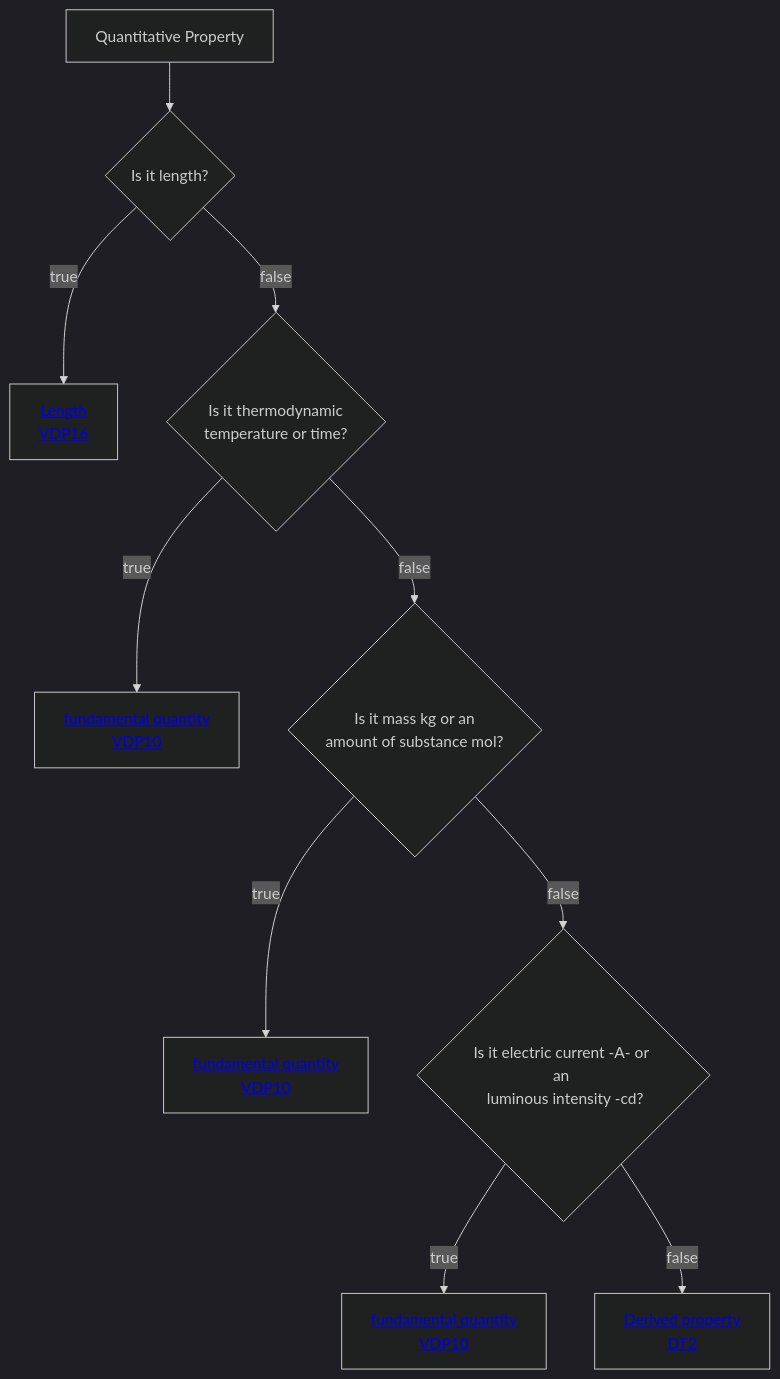
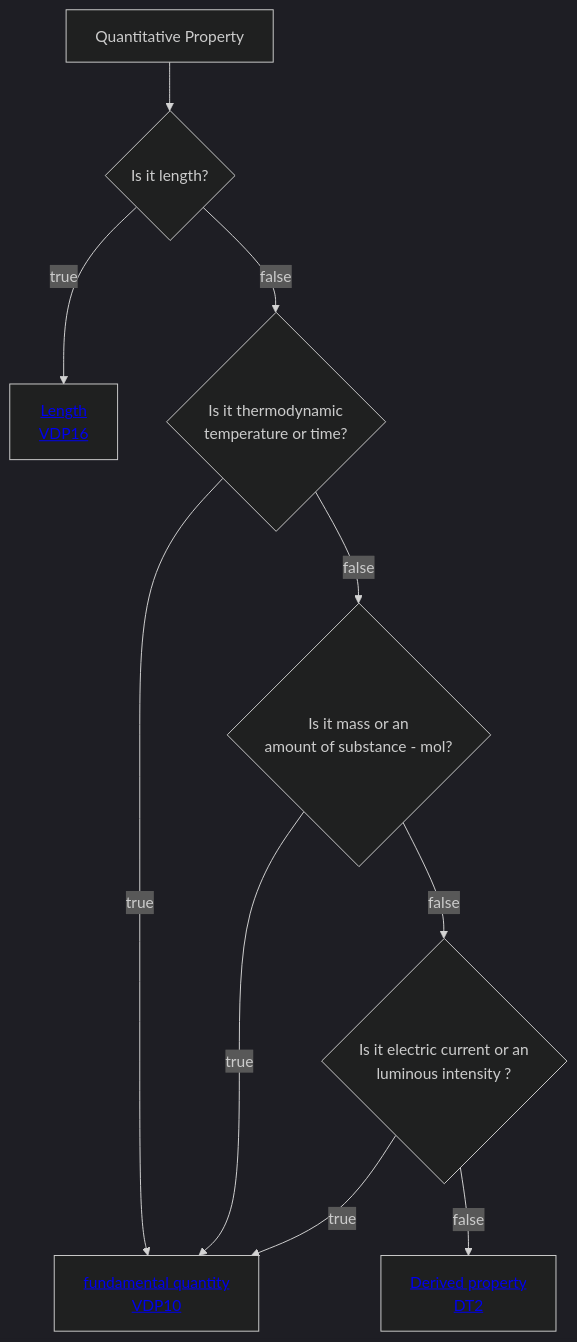
The diagram in Decisition_trees/DT1.mmd (mabablue/I-ADOPT-patterns-playground), drawn with Mermaid (dark theme) before and after one commit.

```diff
--- a/Decisition_trees/DT1.mmd
+++ b/Decisition_trees/DT1.mmd
@@ -1,10 +1,10 @@
 flowchart TD
     A[Quantitative Property] --> C{Is it length?}
     C --> |true|E[<a href='https://github.com/mabablue/I-ADOPT-patterns-playground/blob/main/pattern/VDP16.yaml'>Length <br> VDP16</a>] 
     C --> |false|F{Is it thermodynamic <br> temperature or time?}
     F --> |true|G[<a href='https://github.com/mabablue/I-ADOPT-patterns-playground/blob/main/pattern/VDP16.yaml'>fundamental quantity <br> VDP10</a>] 
-    F --> |false|H{Is it mass kg or an <br> amount of substance mol?}
-    H --> |true|I[<a href='https://github.com/mabablue/I-ADOPT-patterns-playground/blob/main/pattern/VDP16.yaml'>fundamental quantity <br> VDP10</a>] 
-    H --> |false|K{Is it electric current -A- or an <br> luminous intensity -cd?}
-    K --> |true|L[<a href='https://github.com/mabablue/I-ADOPT-patterns-playground/blob/main/pattern/VDP16.yaml'>fundamental quantity <br> VDP10</a>] 
+    F --> |false|H{Is it mass or an <br> amount of substance - mol?}
+    H --> |true|G
+    H --> |false|K{Is it electric current or an <br> luminous intensity ?}
+    K --> |true|G
     K --> |false|M[<a href='https://github.com/mabablue/I-ADOPT-patterns-playground/blob/main/Decisition_trees/DT2.mmd'>Derived property <br> DT2</a>] 
```
